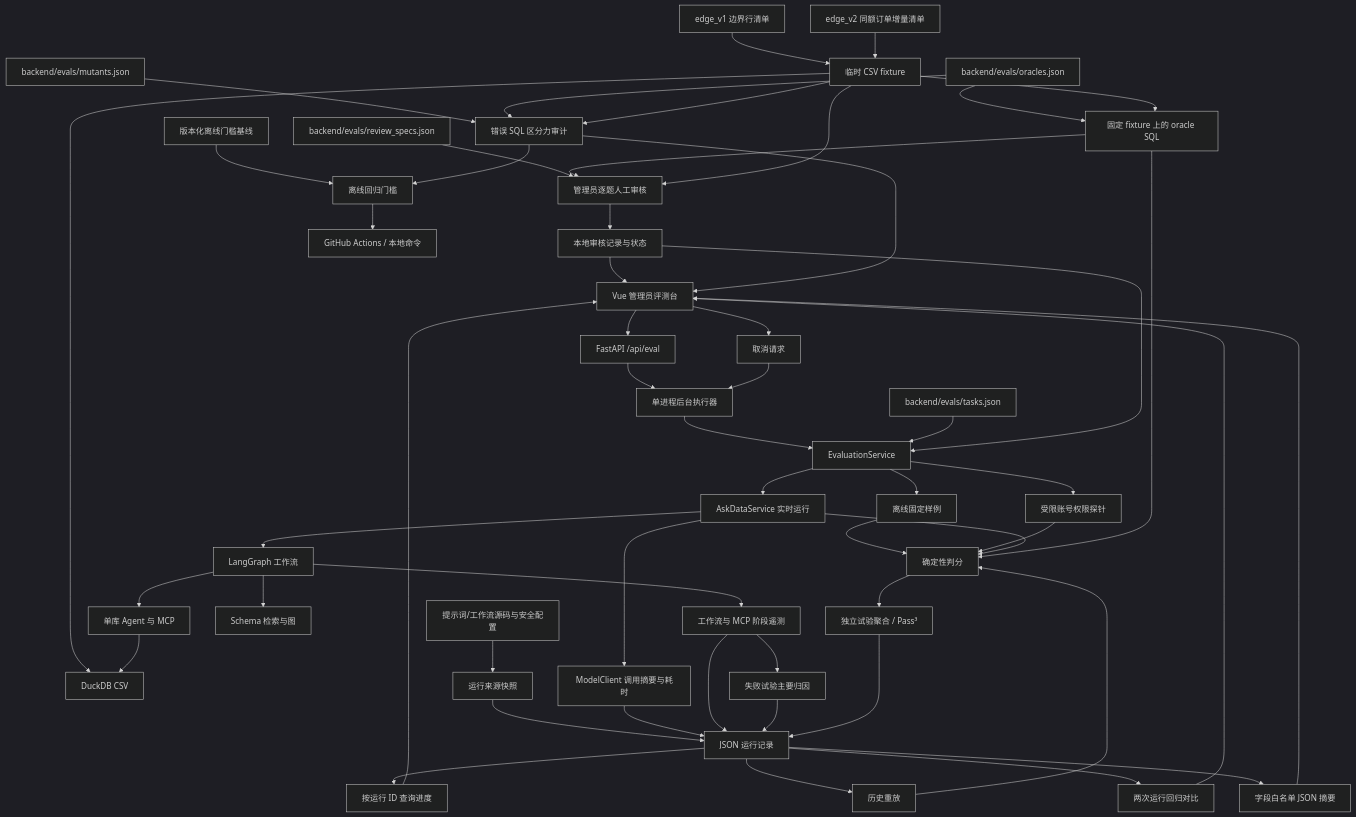
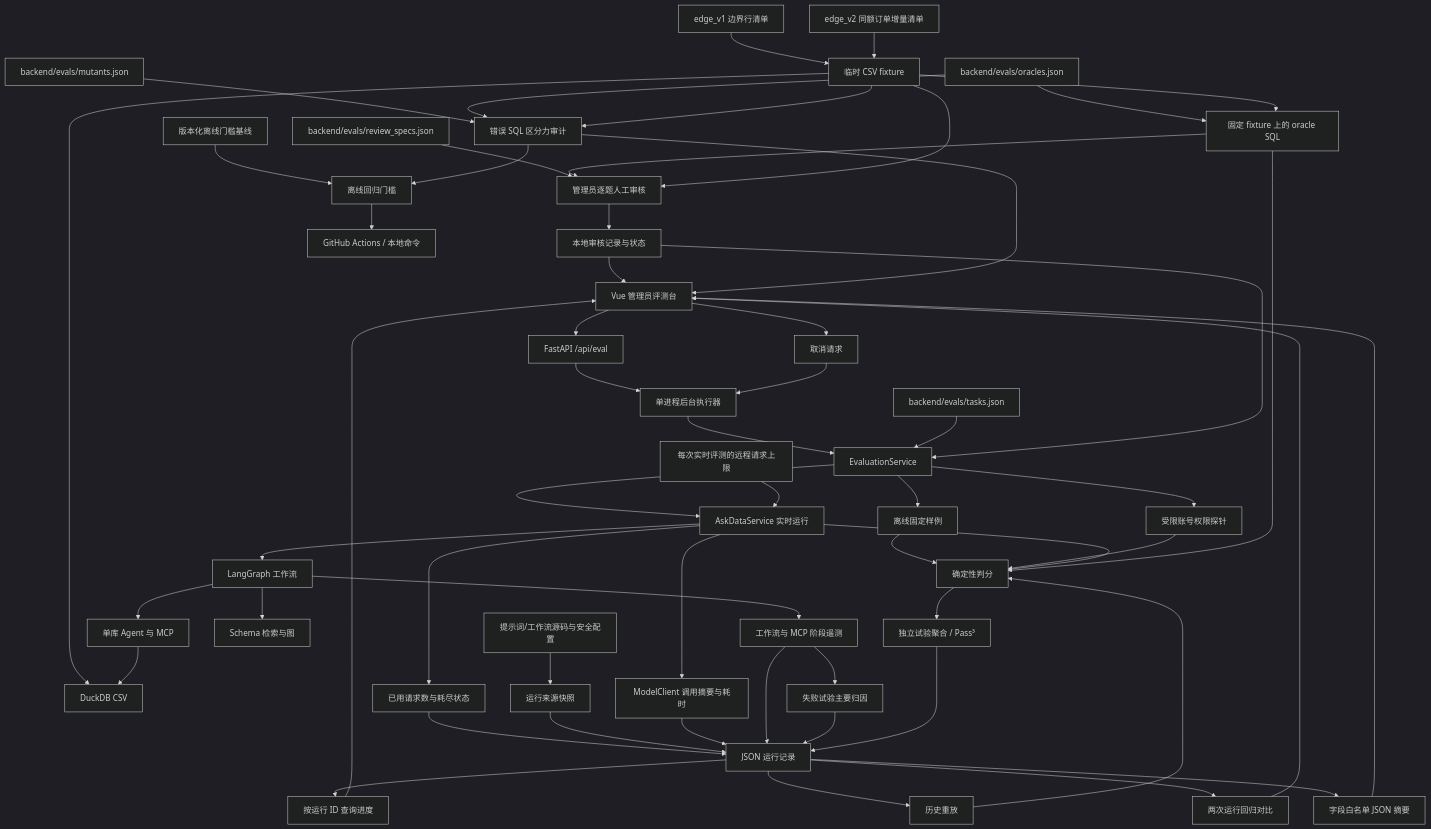
The first of 4 diagrams in docs/evaluation-architecture.md (judai777/askdata_studio), drawn with Mermaid (dark theme) before and after one commit. The commit also changed other lines of this file and 10 other files, not shown here.

````diff
--- a/docs/evaluation-architecture.md
+++ b/docs/evaluation-architecture.md
@@ -5,56 +5,59 @@
 ```mermaid
 flowchart TB
     UI[Vue 管理员评测台] --> API[FastAPI /api/eval]
     API --> Queue[单进程后台执行器]
     Queue --> Runner[EvaluationService]
     UI --> Cancel[取消请求]
     Cancel --> Queue
     Tasks[backend/evals/tasks.json] --> Runner
     ReviewSpecs[backend/evals/review_specs.json] --> Review[管理员逐题人工审核]
     Oracle --> Review
     Fixture --> Review
     Review --> ReviewStore[本地审核记录与状态]
     ReviewStore --> UI
     ReviewStore --> Runner
     Oracles[backend/evals/oracles.json] --> Oracle
     Mutants[backend/evals/mutants.json] --> Audit[错误 SQL 区分力审计]
     Oracles --> Audit
     Fixture --> Audit
     Audit --> UI
     Overlay[edge_v1 边界行清单] --> Fixture[临时 CSV fixture]
     Overlay2[edge_v2 同额订单增量清单] --> Fixture
     Fixture --> DB
     Fixture --> Oracle
     Runner --> Demo[离线固定样例]
     Runner --> Probe[受限账号权限探针]
     Runner --> Live[AskDataService 实时运行]
     Live --> Telemetry[ModelClient 调用摘要与耗时]
+    Budget[每次实时评测的远程请求上限] --> Live
+    Live --> BudgetRecord[已用请求数与耗尽状态]
+    BudgetRecord --> Runs
     Graph --> StageTelemetry[工作流与 MCP 阶段遥测]
     Sources[提示词/工作流源码与安全配置] --> Provenance[运行来源快照]
     Provenance --> Runs
     Live --> Graph[LangGraph 工作流]
     Graph --> Retrieval[Schema 检索与图]
     Graph --> Agent[单库 Agent 与 MCP]
     Agent --> DB[DuckDB CSV]
     Demo --> Grader[确定性判分]
     Probe --> Grader
     Live --> Grader
     Telemetry --> Runs
     StageTelemetry --> Attribution[失败试验主要归因]
     StageTelemetry --> Runs
     Attribution --> Runs
     Oracle[固定 fixture 上的 oracle SQL] --> Grader
     Grader --> Trials[独立试验聚合 / Pass³]
     Trials --> Runs[JSON 运行记录]
     Runs --> Poll[按运行 ID 查询进度]
     Poll --> UI
     Runs --> Replay[历史重放]
     Replay --> Grader
     Runs --> Compare[两次运行回归对比]
     Compare --> UI
     Runs --> Export[字段白名单 JSON 摘要]
     Export --> UI
     Baseline[版本化离线门槛基线] --> Gate[离线回归门槛]
     Audit --> Gate
     Gate --> CI[GitHub Actions / 本地命令]
 ```
````
